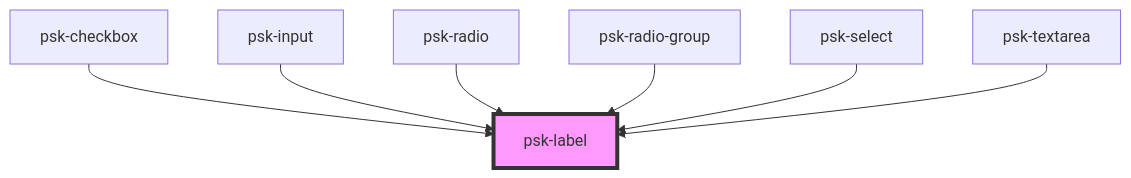
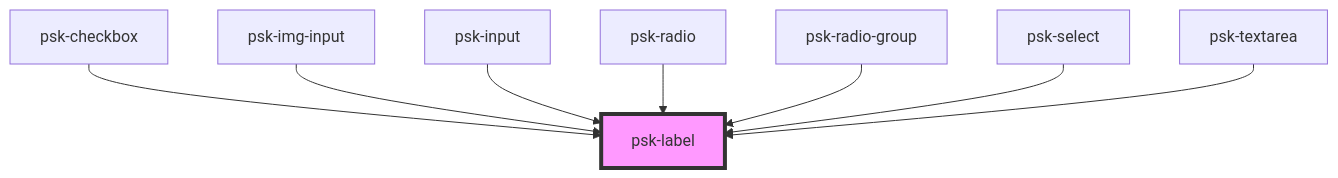
One commit to daniel-visoiu/cardinal changed the diagram in src/components/form-components/psk-label/readme.md. Above: the diagram before and after it, drawn with Mermaid. The commit also changed other lines of this file and 3 other files, not shown here.

Commit message:
added theme style to psk-img-input

````diff
--- a/src/components/form-components/psk-label/readme.md
+++ b/src/components/form-components/psk-label/readme.md
@@ -28,10 +29,11 @@
 ```mermaid
 graph TD;
   psk-checkbox --> psk-label
+  psk-img-input --> psk-label
   psk-input --> psk-label
   psk-radio --> psk-label
   psk-radio-group --> psk-label
   psk-select --> psk-label
   psk-textarea --> psk-label
   style psk-label fill:#f9f,stroke:#333,stroke-width:4px
 ```
````
